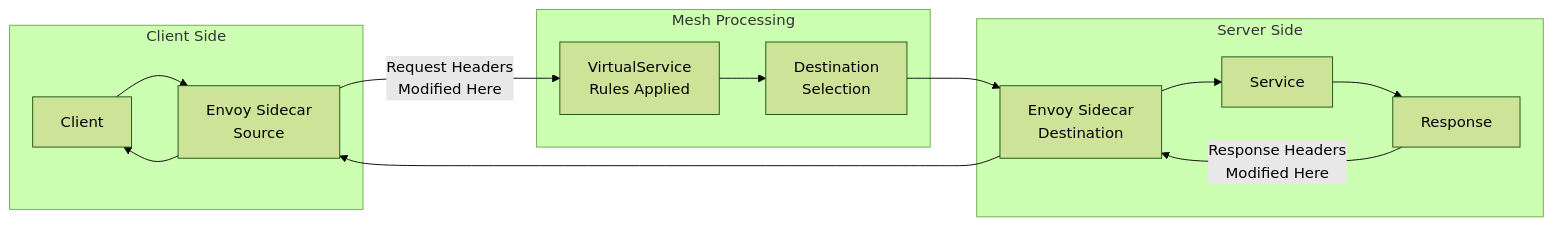
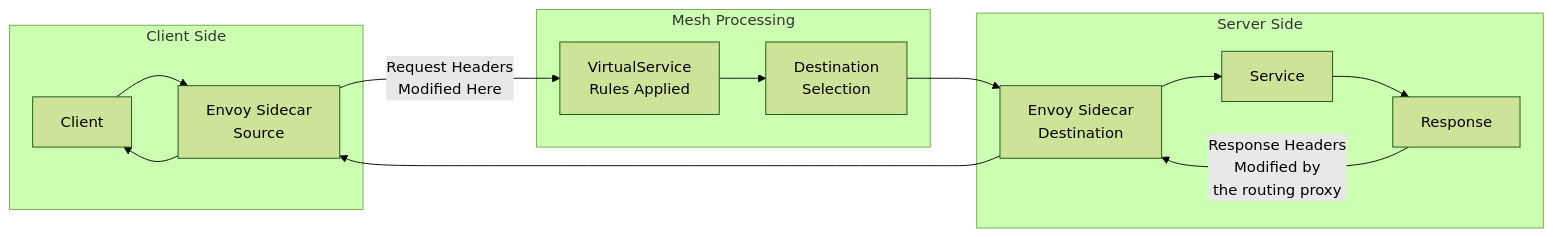
The first of 3 diagrams in posts/2026-01-07-istio-request-headers-manipulation/README.md (OneUptime/blog), drawn with Mermaid (forest theme) before and after one commit. The commit also changed other lines of this file and 2 other files, not shown here.

Commit message:
validate: 2026-01-07-istio-request-headers-manipulation

````diff
--- a/posts/2026-01-07-istio-request-headers-manipulation/README.md
+++ b/posts/2026-01-07-istio-request-headers-manipulation/README.md
@@ -23,21 +23,21 @@
 ```mermaid
 flowchart LR
     subgraph "Client Side"
         A[Client] --> B[Envoy Sidecar<br/>Source]
     end
 
     subgraph "Mesh Processing"
         B -->|"Request Headers<br/>Modified Here"| C[VirtualService<br/>Rules Applied]
         C --> D[Destination<br/>Selection]
     end
 
     subgraph "Server Side"
         D --> E[Envoy Sidecar<br/>Destination]
         E --> F[Service]
         F --> G[Response]
-        G -->|"Response Headers<br/>Modified Here"| E
+        G -->|"Response Headers<br/>Modified by<br/>the routing proxy"| E
     end
 
     E --> B
     B --> A
 ```
````
